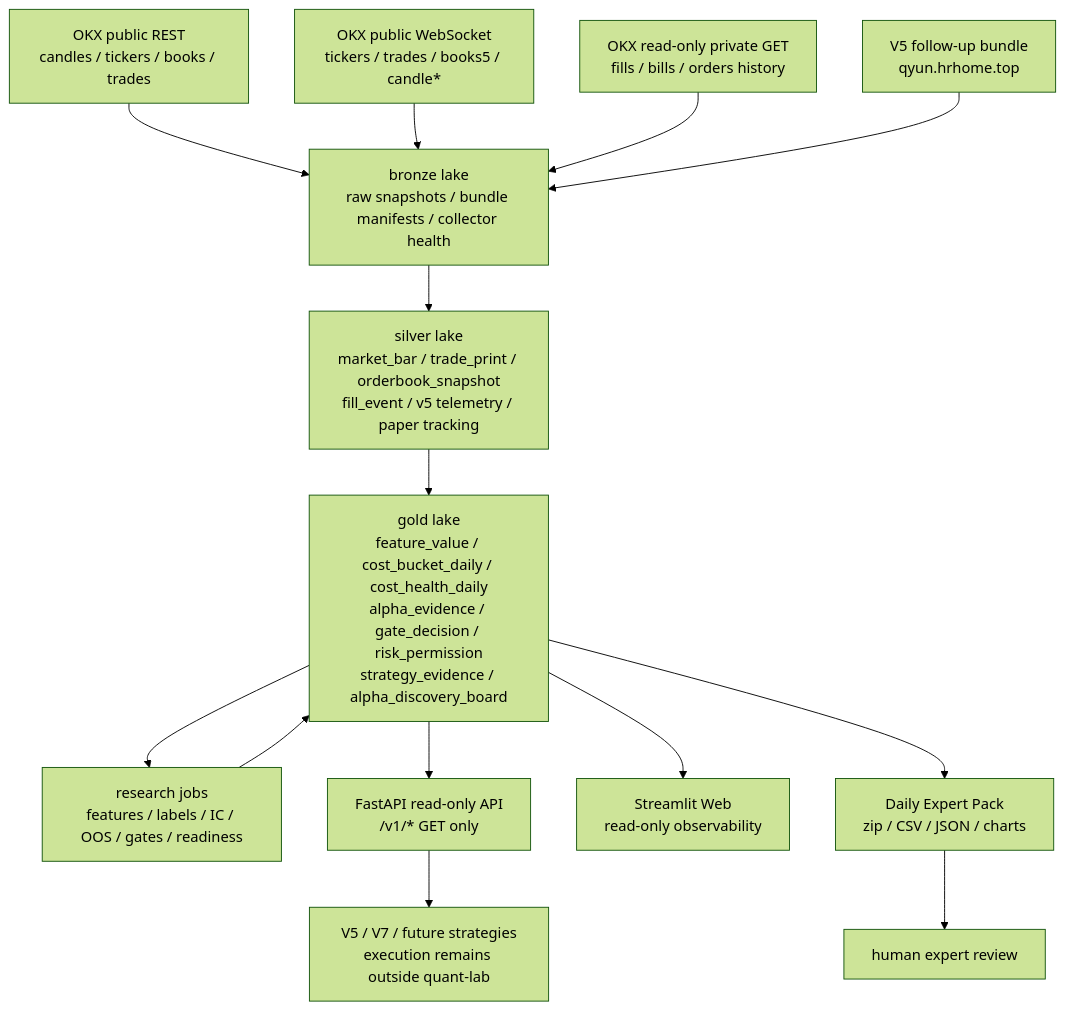
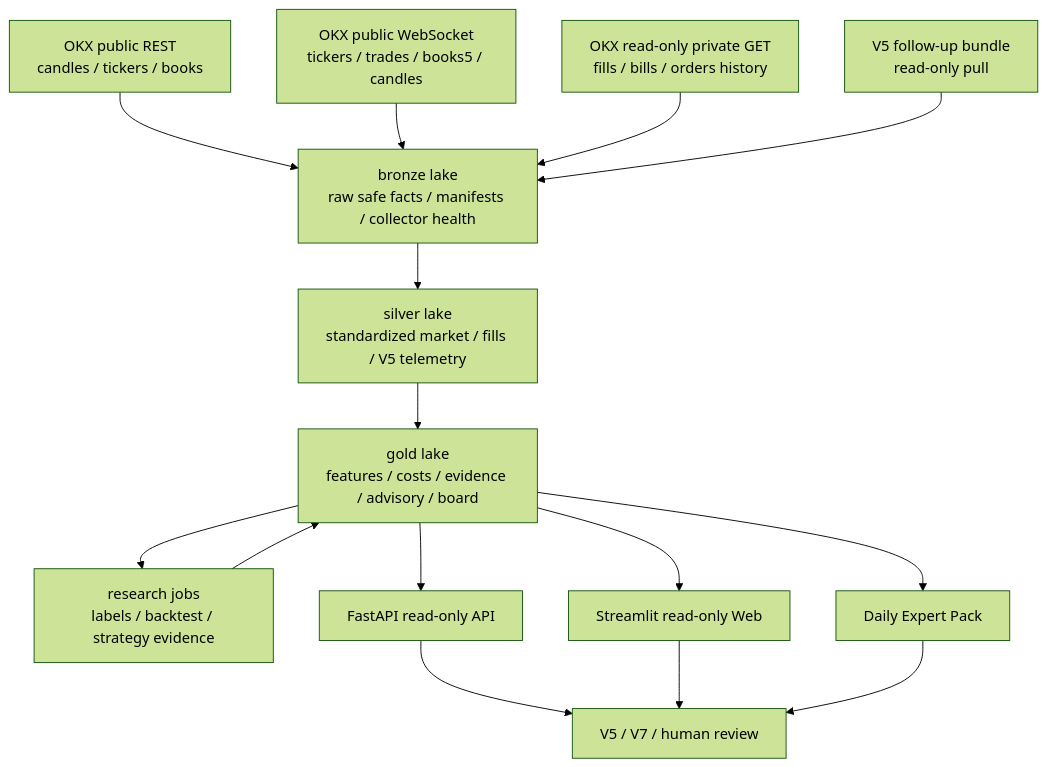
Before and after one commit to zhr2038/quant-lab: the first of 2 diagrams in README.md, drawn with Mermaid (forest theme). The commit also changed other lines of this file, not shown here.

Commit message:
Rewrite GitHub README for current quant-lab architecture

````diff
--- a/README.md
+++ b/README.md
@@ -48,31 +58,27 @@
 ```mermaid
 flowchart TD
-    OKXPublicREST["OKX public REST<br/>candles / tickers / books / trades"]
-    OKXPublicWS["OKX public WebSocket<br/>tickers / trades / books5 / candle*"]
-    OKXReadOnly["OKX read-only private GET<br/>fills / bills / orders history"]
-    V5Remote["V5 follow-up bundle<br/>qyun.hrhome.top"]
+    OKXRest["OKX public REST<br/>candles / tickers / books"]
+    OKXWs["OKX public WebSocket<br/>tickers / trades / books5 / candles"]
+    OKXPrivate["OKX read-only private GET<br/>fills / bills / orders history"]
+    V5["V5 follow-up bundle<br/>read-only pull"]
 
-    Bronze["bronze lake<br/>raw snapshots / bundle manifests / collector health"]
-    Silver["silver lake<br/>market_bar / trade_print / orderbook_snapshot<br/>fill_event / v5 telemetry / paper tracking"]
-    Gold["gold lake<br/>feature_value / cost_bucket_daily / cost_health_daily<br/>alpha_evidence / gate_decision / risk_permission<br/>strategy_evidence / alpha_discovery_board"]
+    Bronze["bronze lake<br/>raw safe facts / manifests / collector health"]
+    Silver["silver lake<br/>standardized market / fills / V5 telemetry"]
+    Gold["gold lake<br/>features / costs / evidence / advisory / board"]
 
-    Research["research jobs<br/>features / labels / IC / OOS / gates / readiness"]
-    API["FastAPI read-only API<br/>/v1/* GET only"]
-    Web["Streamlit Web<br/>read-only observability"]
-    Export["Daily Expert Pack<br/>zip / CSV / JSON / charts"]
-    V5V7["V5 / V7 / future strategies<br/>execution remains outside quant-lab"]
+    Research["research jobs<br/>labels / backtest / strategy evidence"]
+    API["FastAPI read-only API"]
+    Web["Streamlit read-only Web"]
+    Export["Daily Expert Pack"]
+    Consumers["V5 / V7 / human review"]
 
-    OKXPublicREST --> Bronze
-    OKXPublicWS --> Bronze
-    OKXReadOnly --> Bronze
-    V5Remote --> Bronze
-    Bronze --> Silver
-    Silver --> Gold
-    Gold --> Research
-    Research --> Gold
-    Gold --> API
-    Gold --> Web
-    Gold --> Export
-    API --> V5V7
-    Export --> Human["human expert review"]
+    OKXRest --> Bronze
+    OKXWs --> Bronze
+    OKXPrivate --> Bronze
+    V5 --> Bronze
+    Bronze --> Silver --> Gold
+    Gold --> Research --> Gold
+    Gold --> API --> Consumers
+    Gold --> Web --> Consumers
+    Gold --> Export --> Consumers
 ```
````
